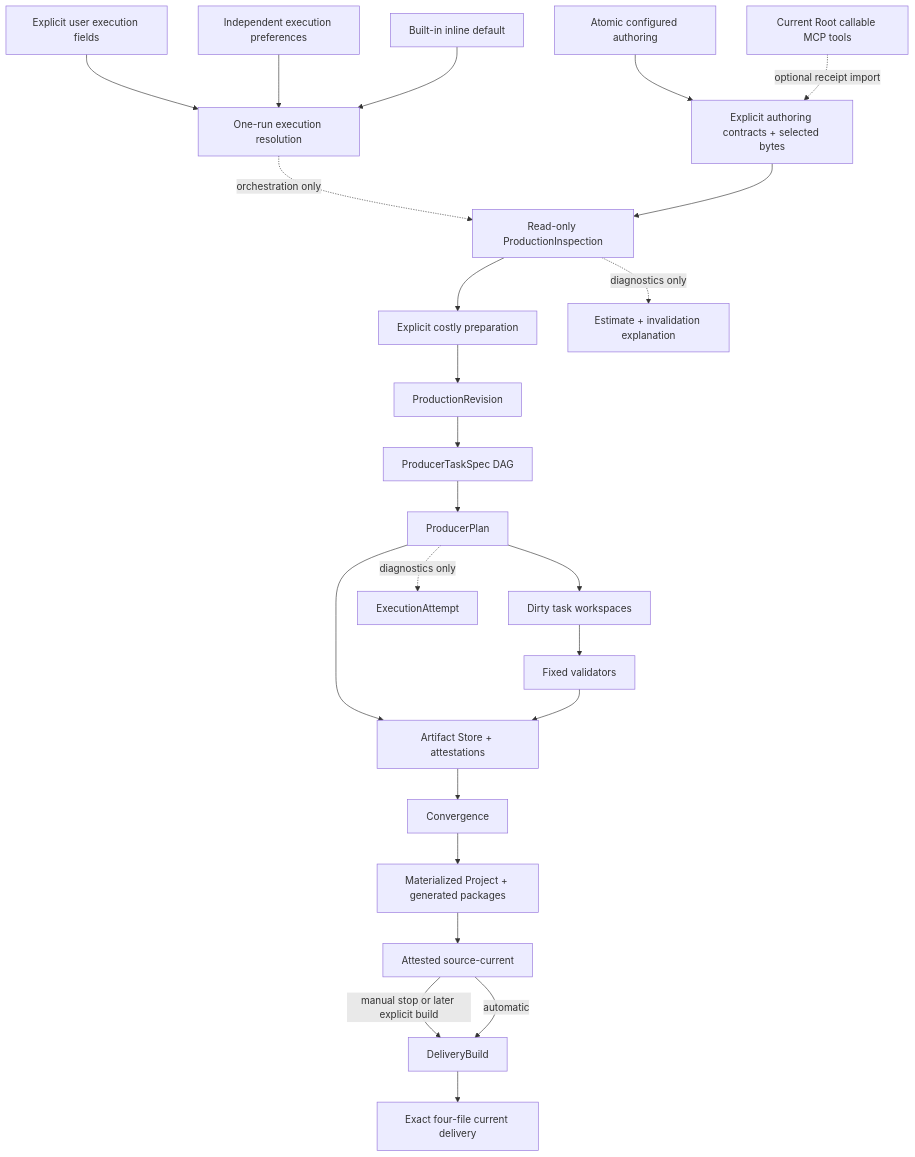
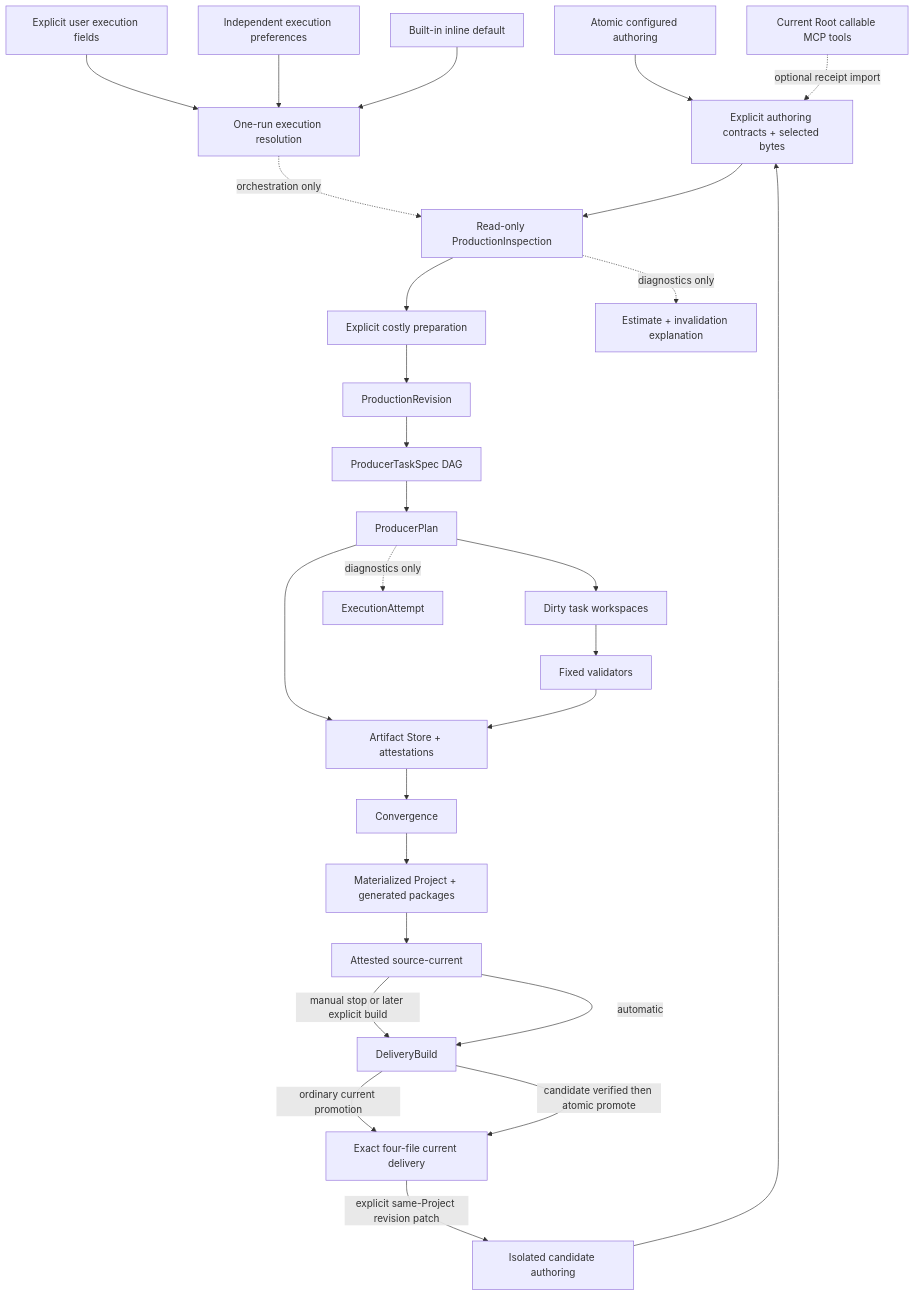
Before and after one commit to AXMORF/axmorf-studio: the diagram in docs/ARCHITECTURE.md, drawn with Mermaid. The commit also changed other lines of this file and 56 other files, not shown here.

Commit message:
feat: add safe project revision candidates

````diff
--- a/docs/ARCHITECTURE.md
+++ b/docs/ARCHITECTURE.md
@@ -35,26 +35,29 @@
 ```mermaid
 flowchart TD
   Create[Atomic configured authoring] --> Inputs[Explicit authoring contracts + selected bytes]
+  Current -->|explicit same-Project revision patch| Candidate[Isolated candidate authoring]
+  Candidate --> Inputs
   AgentTools[Current Root callable MCP tools] -. optional receipt import .-> Inputs
   Prompt[Explicit user execution fields] --> Execution[One-run execution resolution]
   Settings[Independent execution preferences] --> Execution
   Builtin[Built-in inline default] --> Execution
   Execution -. orchestration only .-> Inspection
   Inputs --> Inspection[Read-only ProductionInspection]
   Inspection --> Prepare[Explicit costly preparation]
   Prepare --> Revision[ProductionRevision]
   Revision --> Tasks[ProducerTaskSpec DAG]
   Tasks --> Plan[ProducerPlan]
   Plan --> Work[Dirty task workspaces]
   Plan --> Artifacts[Reused artifacts]
   Work --> Validator[Fixed validators]
   Validator --> Artifacts[Artifact Store + attestations]
   Artifacts --> Converge[Convergence]
   Converge --> Live[Materialized Project + generated packages]
   Live --> SourceCurrent[Attested source-current]
   SourceCurrent -->|manual stop or later explicit build| Delivery[DeliveryBuild]
   SourceCurrent -->|automatic| Delivery
-  Delivery --> Current[Exact four-file current delivery]
+  Delivery -->|ordinary current promotion| Current[Exact four-file current delivery]
+  Delivery -->|candidate verified then atomic promote| Current
   Inspection -. diagnostics only .-> Explanation[Estimate + invalidation explanation]
   Plan -. diagnostics only .-> Attempt[ExecutionAttempt]
 ```
````
